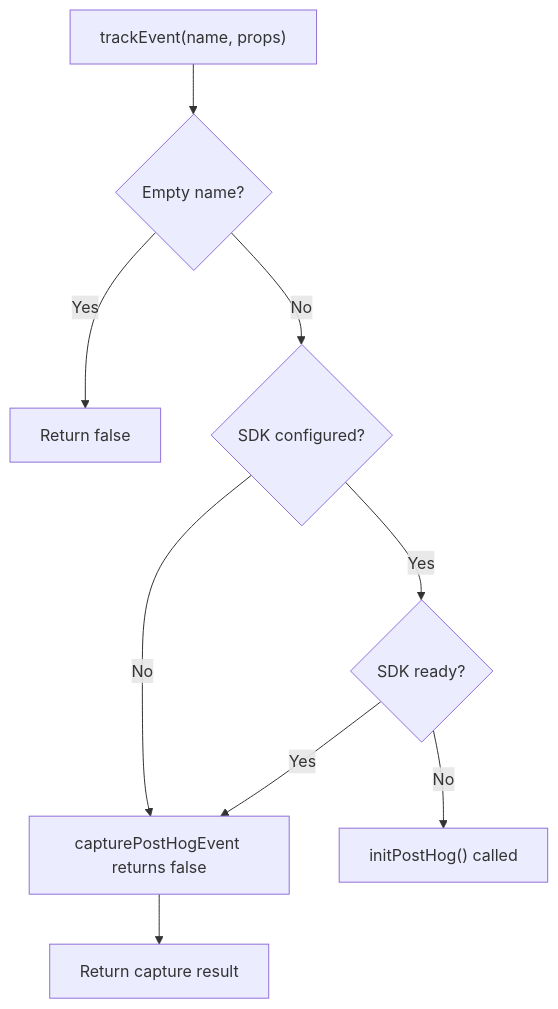
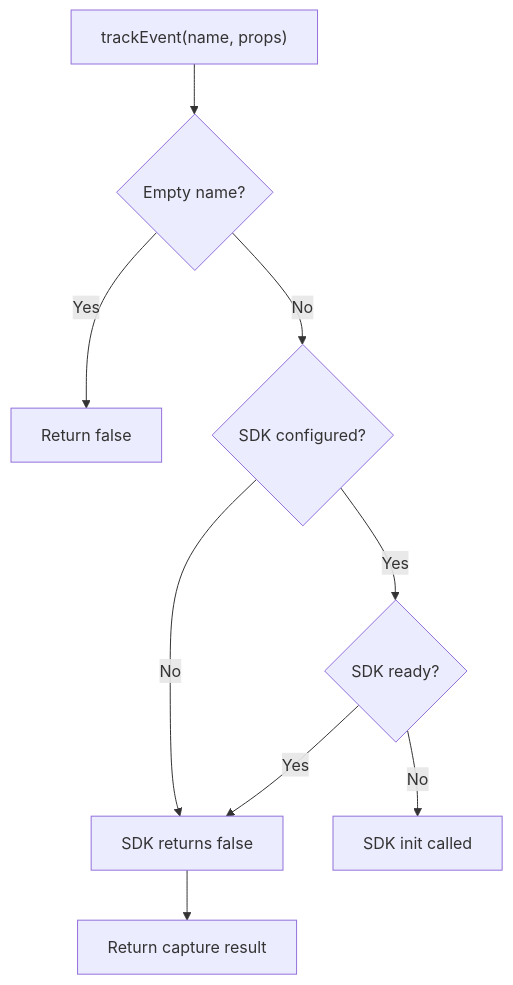
Before and after one commit to rohitkumarnaidu/ScholarFormAI: the tenth of 11 diagrams in .docs/content/Testing Strategy/Frontend Testing/Frontend Testing.md, drawn with Mermaid. The commit also changed other lines of this file and 6 other files, not shown here.

First line of the commit message:
docs: update testing, API, and architecture docs in .docs/

````diff
--- a/.docs/content/Testing Strategy/Frontend Testing/Frontend Testing.md
+++ b/.docs/content/Testing Strategy/Frontend Testing/Frontend Testing.md
@@ -297,11 +297,11 @@
 ```mermaid
 flowchart TD
 Track["trackEvent(name, props)"] --> Empty{"Empty name?"}
 Empty --> |Yes| ReturnFalse["Return false"]
 Empty --> |No| Configured{"SDK configured?"}
-Configured --> |No| Capture["capturePostHogEvent returns false"]
+Configured --> |No| Capture["SDK returns false"]
 Configured --> |Yes| Init{"SDK ready?"}
-Init --> |No| LazyInit["initPostHog() called"]
+Init --> |No| LazyInit["SDK init called"]
 Init --> |Yes| Capture
 Capture --> ReturnBool["Return capture result"]
 ```
````
